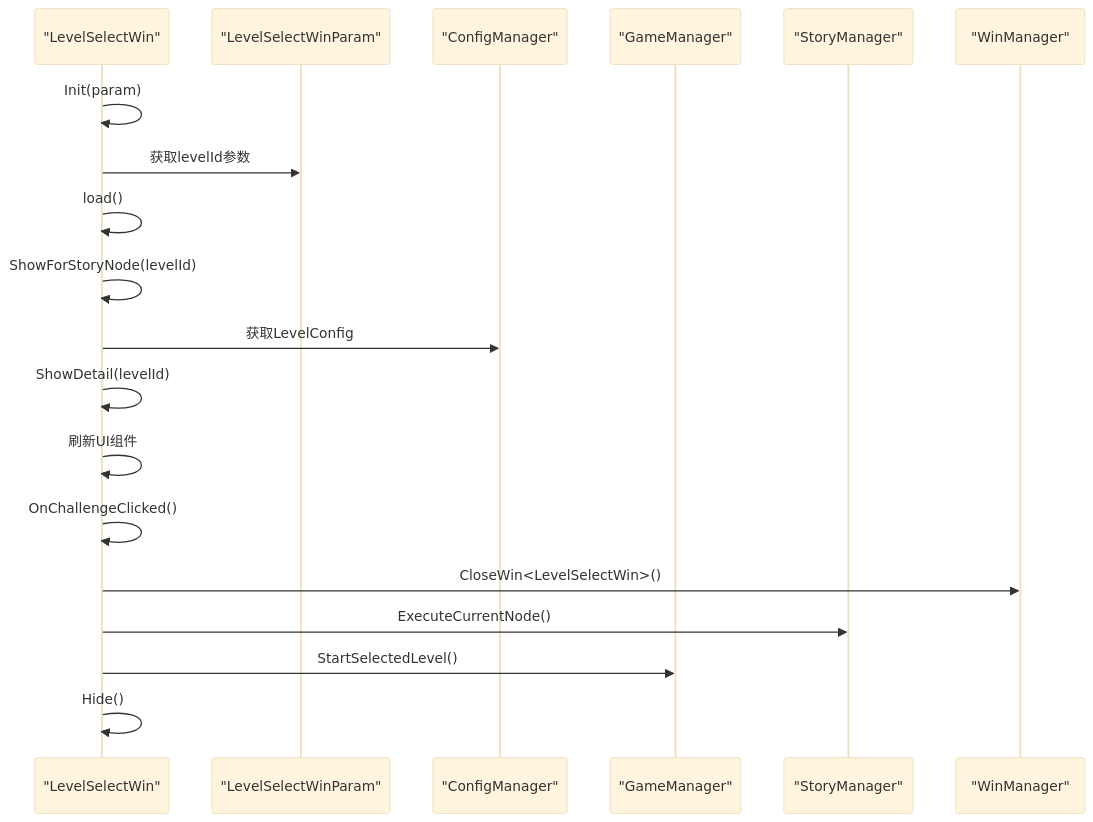
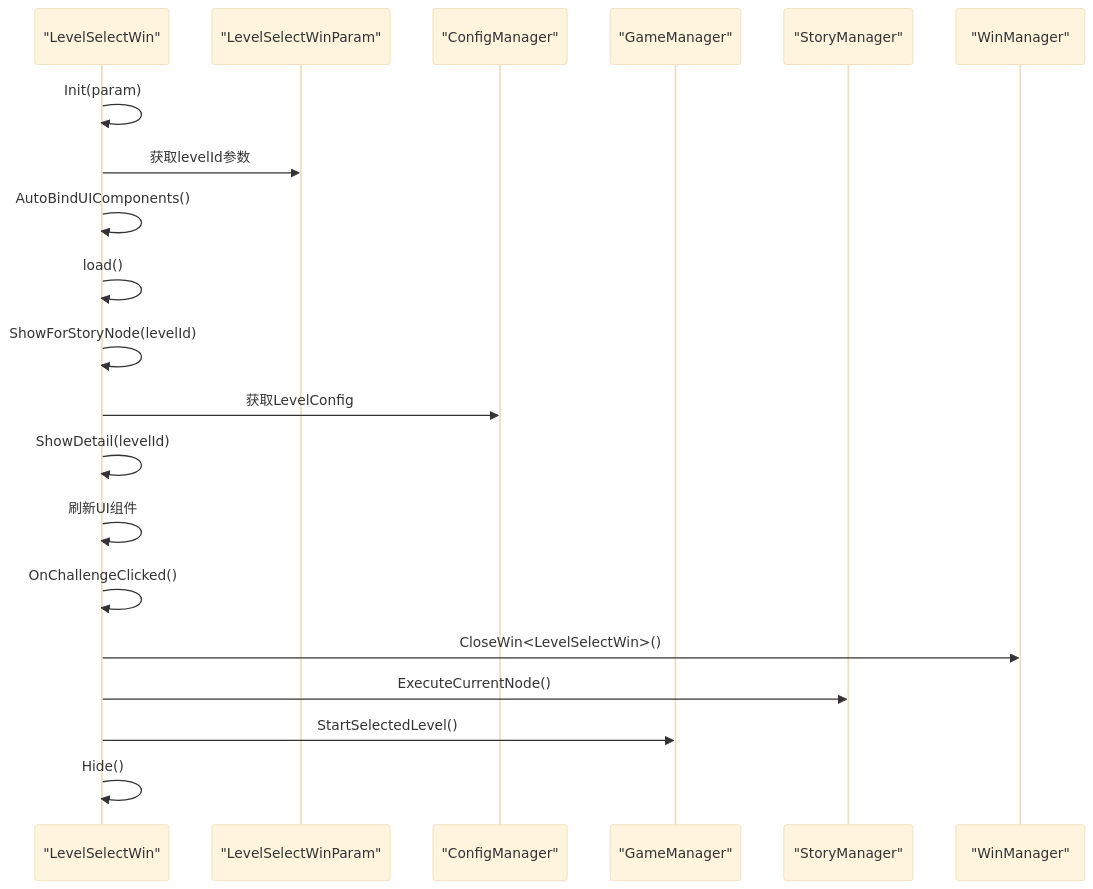
The fifth of 9 diagrams in .qoder/repowiki/zh/content/用户界面系统/窗口管理系统.md (Tuusen/p1_client), drawn with Mermaid (base theme) before and after one commit. The commit also changed other lines of this file and 6 other files, not shown here.

````diff
--- a/.qoder/repowiki/zh/content/用户界面系统/窗口管理系统.md
+++ b/.qoder/repowiki/zh/content/用户界面系统/窗口管理系统.md
@@ -280,21 +291,22 @@
 ```mermaid
 sequenceDiagram
 participant UI as "LevelSelectWin"
 participant Param as "LevelSelectWinParam"
 participant Cfg as "ConfigManager"
 participant GM as "GameManager"
 participant SM as "StoryManager"
 participant WM as "WinManager"
 UI->>UI : Init(param)
 UI->>Param : 获取levelId参数
+UI->>UI : AutoBindUIComponents()
 UI->>UI : load()
 UI->>UI : ShowForStoryNode(levelId)
 UI->>Cfg : 获取LevelConfig
 UI->>UI : ShowDetail(levelId)
 UI->>UI : 刷新UI组件
 UI->>UI : OnChallengeClicked()
 UI->>WM : CloseWin<LevelSelectWin>()
 UI->>SM : ExecuteCurrentNode()
 UI->>GM : StartSelectedLevel()
 UI->>UI : Hide()
 ```
````
